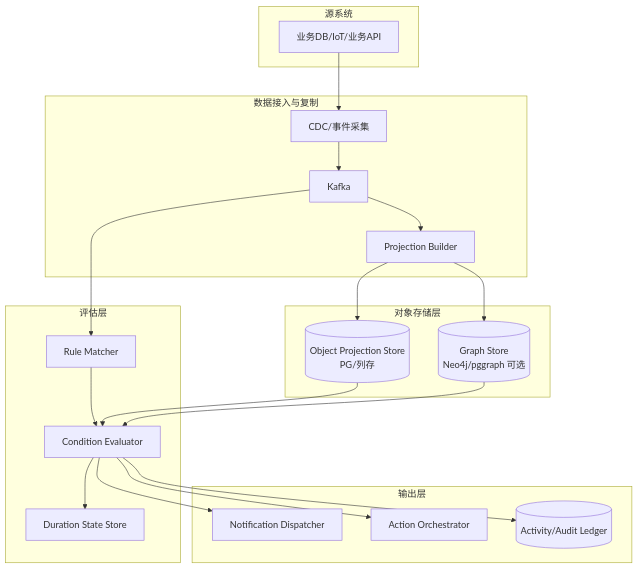
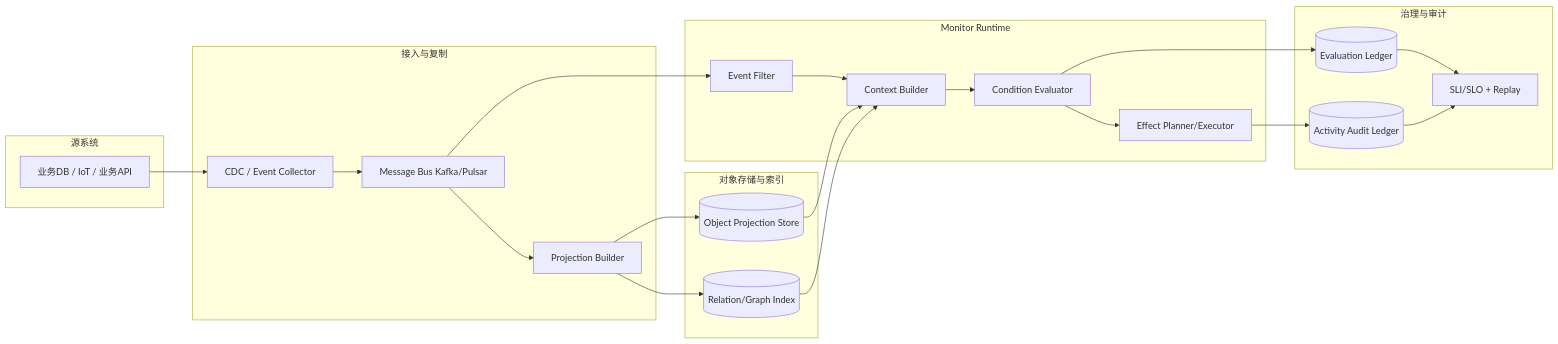
Before and after one commit to littleDrew/ontology: the first of 2 diagrams in docs/object_monitor/object_monitor_design_general.md, drawn with Mermaid. The commit also changed other lines of this file, not shown here.

Commit message:
docs: 为复制与非复制模式补充 mermaid 架构视图

````diff
--- a/docs/object_monitor/object_monitor_design_general.md
+++ b/docs/object_monitor/object_monitor_design_general.md
@@ -34,41 +46,41 @@
 ```mermaid
-flowchart TB
-    subgraph Src[源系统]
-      S1[业务DB/IoT/业务API]
+flowchart LR
+    subgraph SRC[源系统]
+      S1[业务DB / IoT / 业务API]
     end
 
-    subgraph Ingest[数据接入与复制]
-      C1[CDC/事件采集]
-      C2[Kafka]
-      C3[Projection Builder]
+    subgraph ING[接入与复制]
+      I1[CDC / Event Collector]
+      I2[Message Bus Kafka/Pulsar]
+      I3[Projection Builder]
     end
 
-    subgraph Store[对象存储层]
-      O1[(Object Projection Store
-PG/列存)]
-      O2[(Graph Store
-Neo4j/pggraph 可选)]
+    subgraph OBJ[对象存储与索引]
+      O1[(Object Projection Store)]
+      O2[(Relation/Graph Index)]
     end
 
-    subgraph Eval[评估层]
-      E1[Rule Matcher]
-      E2[Condition Evaluator]
-      E3[Duration State Store]
+    subgraph RT[Monitor Runtime]
+      R1[Event Filter]
+      R2[Context Builder]
+      R3[Condition Evaluator]
+      R4[Effect Planner/Executor]
     end
 
-    subgraph Out[输出层]
-      A1[Notification Dispatcher]
-      A2[Action Orchestrator]
-      A3[(Activity/Audit Ledger)]
+    subgraph GOV[治理与审计]
+      G1[(Evaluation Ledger)]
+      G2[(Activity Audit Ledger)]
+      G3[SLI/SLO + Replay]
     end
 
-    S1 --> C1 --> C2 --> C3
-    C3 --> O1
-    C3 --> O2
-    C2 --> E1 --> E2 --> E3
-    O1 --> E2
-    O2 --> E2
-    E2 --> A1
-    E2 --> A2
-    E2 --> A3
+    S1 --> I1 --> I2 --> I3
+    I3 --> O1
+    I3 --> O2
+    I2 --> R1 --> R2 --> R3 --> R4
+    O1 --> R2
+    O2 --> R2
+    R3 --> G1
+    R4 --> G2
+    G1 --> G3
+    G2 --> G3
 ```
````
